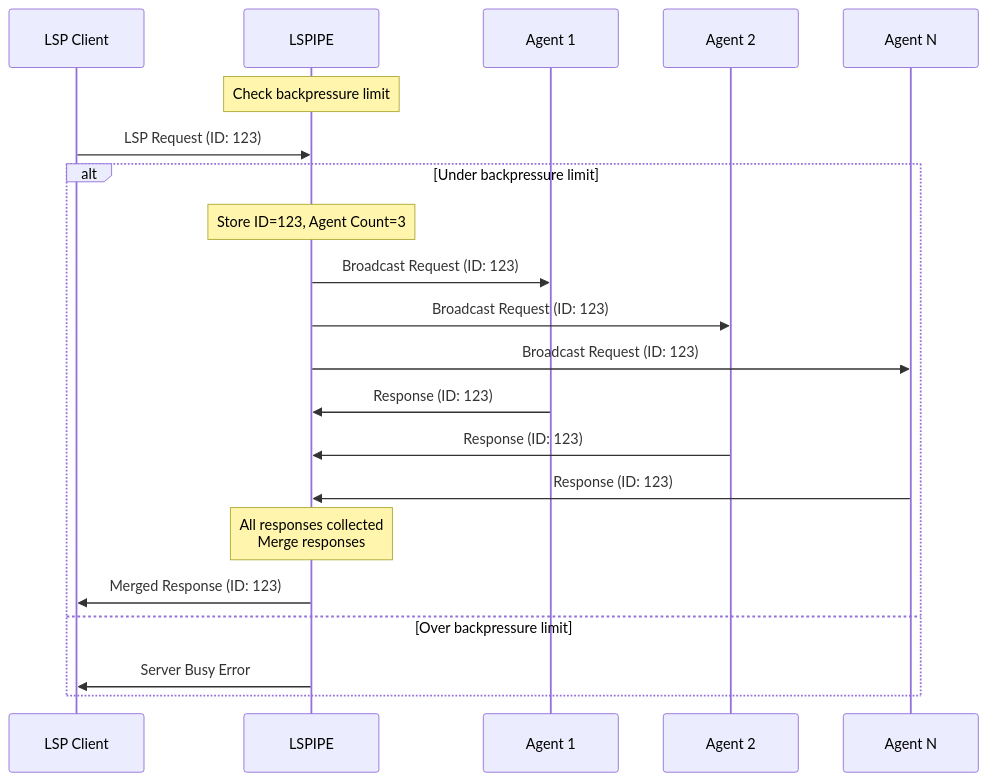
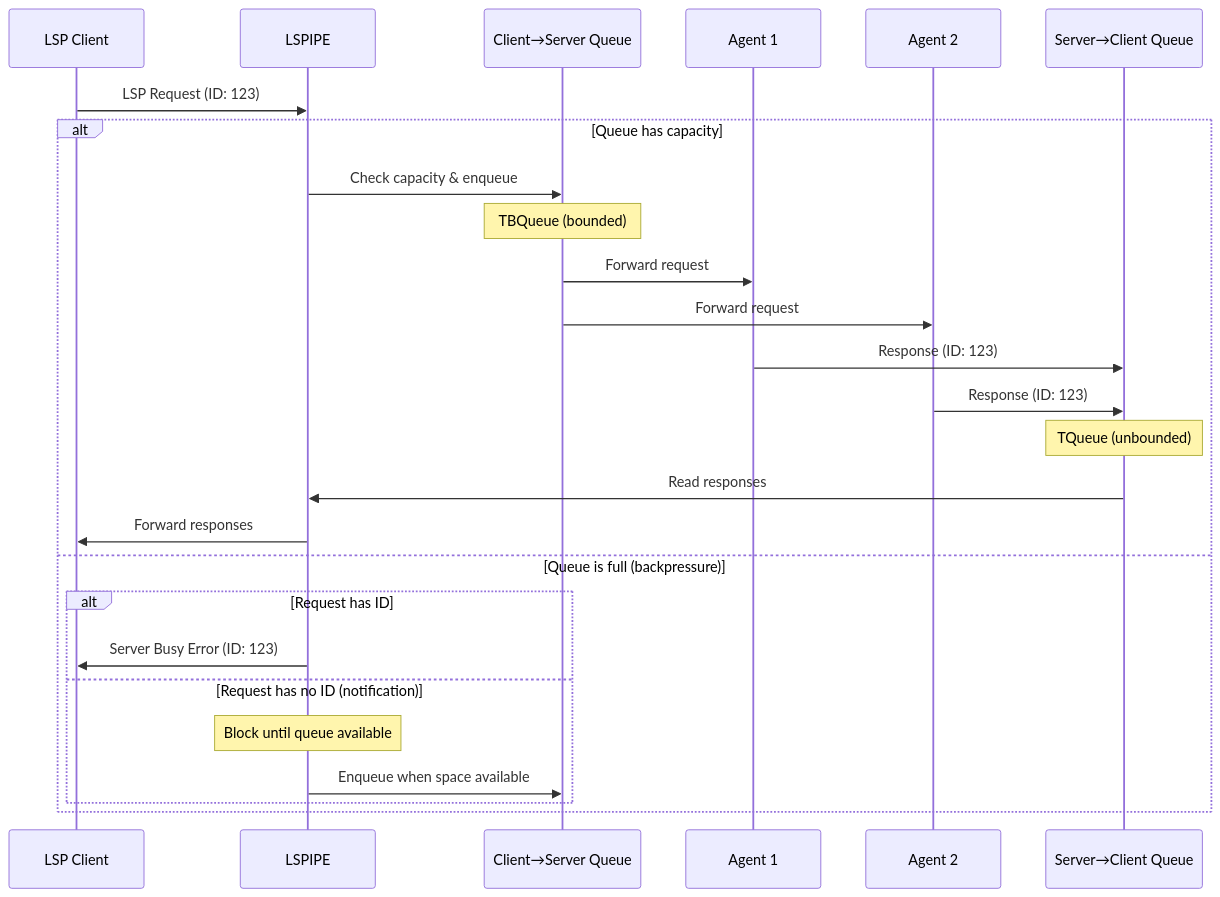
The second of 2 diagrams in README.org (KristianAN/lspipe), drawn with Mermaid before and after one commit. The commit also changed other lines of this file, not shown here.

Commit message:
docs: readme updated for queue implementation

```diff
--- a/README.org
+++ b/README.org
@@ -58,28 +57,33 @@
 #+begin_src mermaid
 sequenceDiagram
     participant C as LSP Client
     participant L as LSPIPE
+    participant Q1 as Client→Server Queue
     participant A1 as Agent 1
     participant A2 as Agent 2
-    participant A3 as Agent N
-
-    Note over L: Check backpressure limit
+    participant Q2 as Server→Client Queue
 
     C->>L: LSP Request (ID: 123)
-
-    alt Under backpressure limit
-        Note over L: Store ID=123, Agent Count=3
-        L->>A1: Broadcast Request (ID: 123)
-        L->>A2: Broadcast Request (ID: 123)
-        L->>A3: Broadcast Request (ID: 123)
-
-        A1->>L: Response (ID: 123)
-        A2->>L: Response (ID: 123)
-        A3->>L: Response (ID: 123)
-
-        Note over L: All responses collected<br/>Merge responses
-        L->>C: Merged Response (ID: 123)
-    else Over backpressure limit
-        L->>C: Server Busy Error
+    
+    alt Queue has capacity
+        L->>Q1: Check capacity & enqueue
+        Note over Q1: TBQueue (bounded)
+        Q1->>A1: Forward request
+        Q1->>A2: Forward request
+        
+        A1->>Q2: Response (ID: 123)
+        A2->>Q2: Response (ID: 123)
+        Note over Q2: TQueue (unbounded)
+        
+        Q2->>L: Read responses
+        L->>C: Forward responses
+        
+    else Queue is full (backpressure)
+        alt Request has ID
+            L->>C: Server Busy Error (ID: 123)
+        else Request has no ID (notification)
+            Note over L: Block until queue available
+            L->>Q1: Enqueue when space available
+        end
     end
 #+end_src
```
